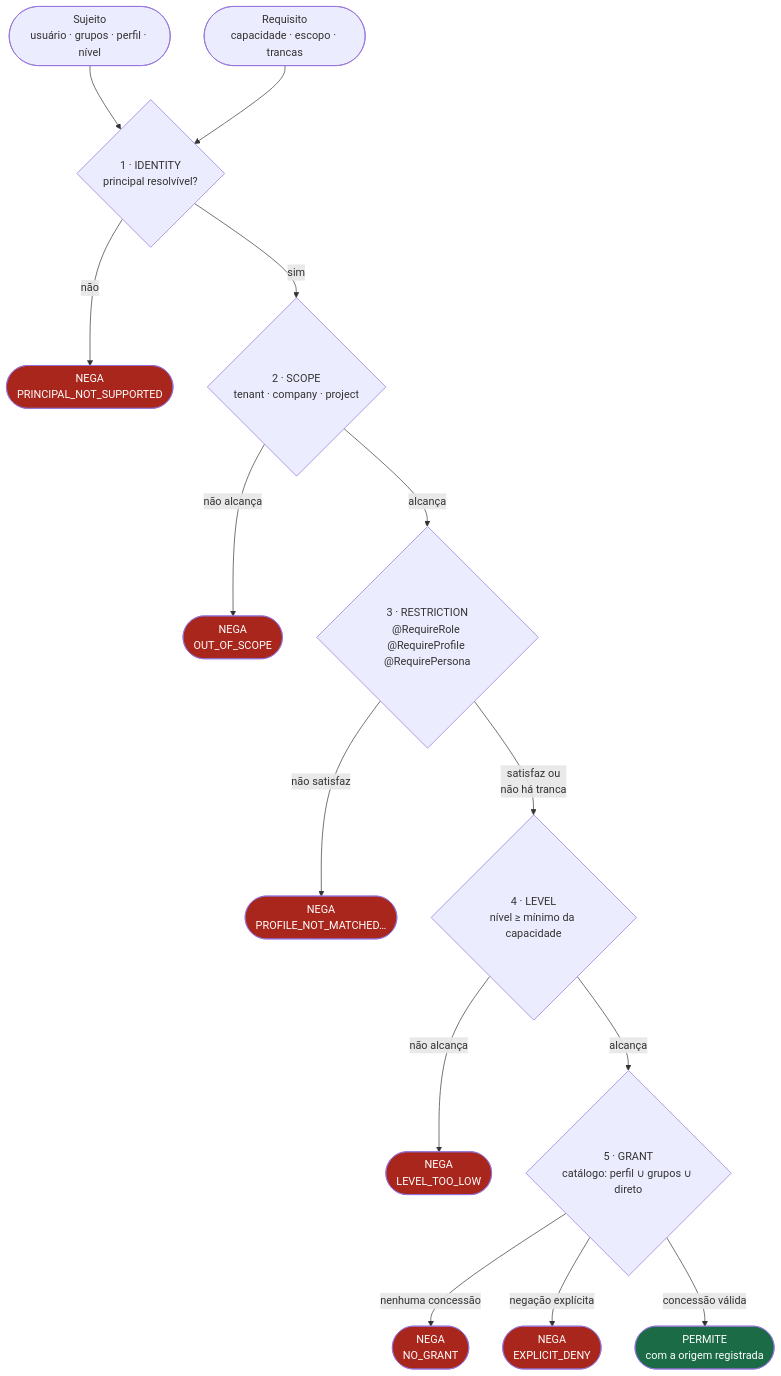
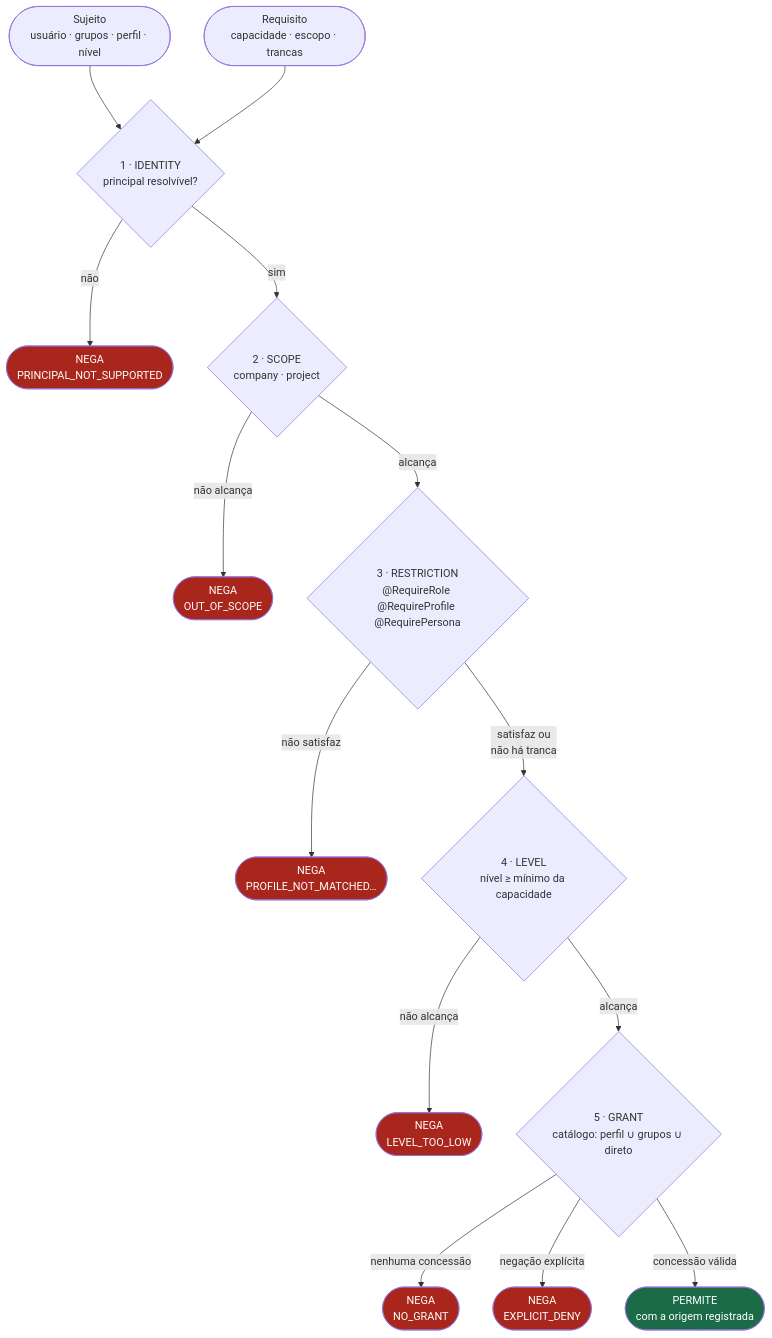
The first of 11 diagrams in archbase-security/ARQUITETURA.md (edsonmartins/archbase-app-framework), drawn with Mermaid before and after one commit. The commit also changed other lines of this file and 14 other files, not shown here.

````diff
--- a/archbase-security/ARQUITETURA.md
+++ b/archbase-security/ARQUITETURA.md
@@ -31,34 +34,34 @@
 ```mermaid
 flowchart TD
     S([Sujeito<br/>usuário · grupos · perfil · nível]) --> G1
     R([Requisito<br/>capacidade · escopo · trancas]) --> G1
 
     G1{"1 · IDENTITY<br/>principal resolvível?"}
     G1 -->|não| D1([NEGA<br/>PRINCIPAL_NOT_SUPPORTED])
     G1 -->|sim| G2
 
-    G2{"2 · SCOPE<br/>tenant · company · project"}
+    G2{"2 · SCOPE<br/>company · project"}
     G2 -->|não alcança| D2([NEGA<br/>OUT_OF_SCOPE])
     G2 -->|alcança| G3
 
     G3{"3 · RESTRICTION<br/>@RequireRole @RequireProfile @RequirePersona"}
     G3 -->|não satisfaz| D3([NEGA<br/>PROFILE_NOT_MATCHED…])
     G3 -->|satisfaz ou<br/>não há tranca| G4
 
     G4{"4 · LEVEL<br/>nível ≥ mínimo da capacidade"}
     G4 -->|não alcança| D4([NEGA<br/>LEVEL_TOO_LOW])
     G4 -->|alcança| G5
 
     G5{"5 · GRANT<br/>catálogo: perfil ∪ grupos ∪ direto"}
     G5 -->|nenhuma concessão| D5([NEGA<br/>NO_GRANT])
     G5 -->|negação explícita| D6([NEGA<br/>EXPLICIT_DENY])
     G5 -->|concessão válida| OK([PERMITE<br/>com a origem registrada])
 
     style D1 fill:#a8261c,color:#fff
     style D2 fill:#a8261c,color:#fff
     style D3 fill:#a8261c,color:#fff
     style D4 fill:#a8261c,color:#fff
     style D5 fill:#a8261c,color:#fff
     style D6 fill:#a8261c,color:#fff
     style OK fill:#1b6b47,color:#fff
 ```
````
